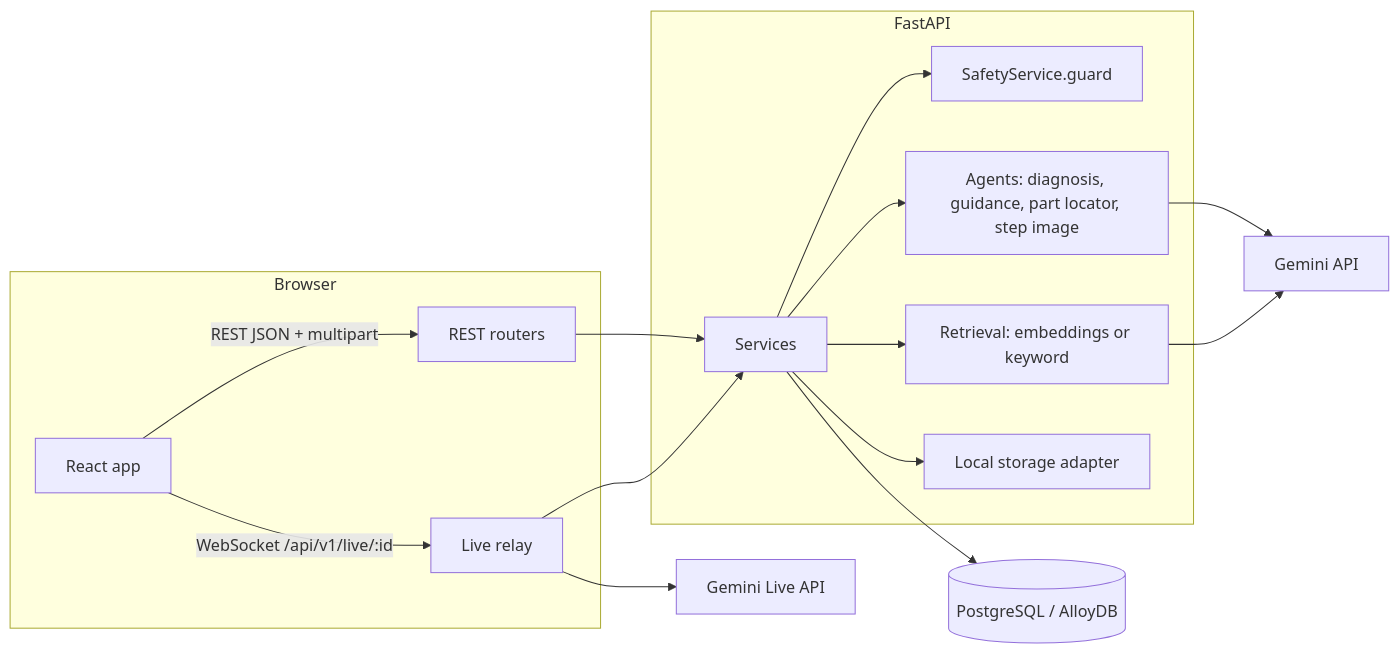
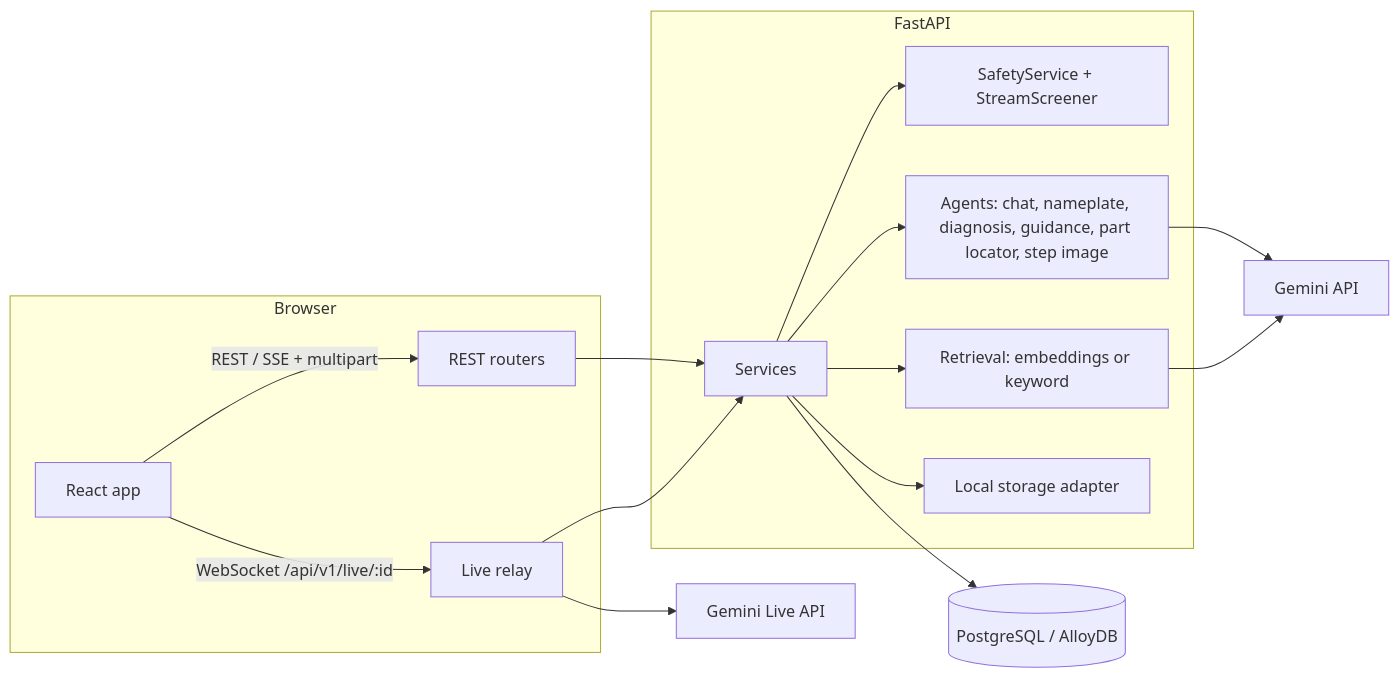
Before and after one commit to priyamthakur275/FixSathi: the first of 2 diagrams in docs/ARCHITECTURE.md, drawn with Mermaid. The commit also changed other lines of this file and 6 other files, not shown here.

````diff
--- a/docs/ARCHITECTURE.md
+++ b/docs/ARCHITECTURE.md
@@ -3,19 +3,19 @@
 ```mermaid
 flowchart LR
   subgraph Browser
-    UI[React app] -- REST JSON + multipart --> API
+    UI[React app] -- REST / SSE + multipart --> API
     UI -- WebSocket /api/v1/live/:id --> LIVE
   end
   subgraph FastAPI
     API[REST routers] --> SVC[Services]
     LIVE[Live relay] --> SVC
-    SVC --> SAFE[SafetyService.guard]
-    SVC --> AG[Agents: diagnosis, guidance, part locator, step image]
+    SVC --> SAFE[SafetyService + StreamScreener]
+    SVC --> AG[Agents: chat, nameplate, diagnosis, guidance, part locator, step image]
     SVC --> RET[Retrieval: embeddings or keyword]
     SVC --> ST[Local storage adapter]
   end
   SVC --> PG[(PostgreSQL / AlloyDB)]
   AG --> GEM[Gemini API]
   LIVE --> GL[Gemini Live API]
   RET --> GEM
 ```
````
